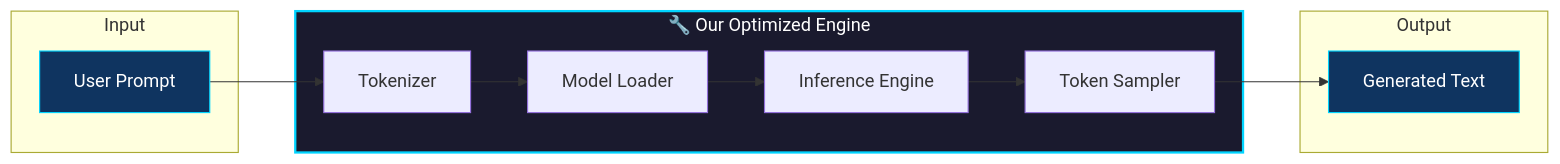
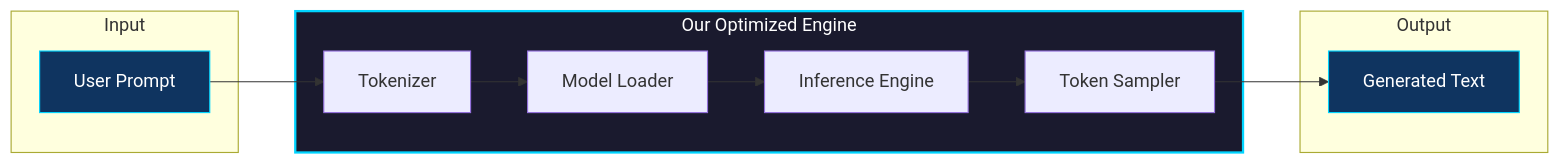
The first of 25 diagrams in docs/project_documentation.md (ch09/Low_Latency_Inference_optimization_LLM-LL_LLM-), drawn with Mermaid before and after one commit. The commit also changed other lines of this file and 1 other file, not shown here.

````diff
--- a/docs/project_documentation.md
+++ b/docs/project_documentation.md
@@ -31,21 +31,21 @@
 ```mermaid
 flowchart LR
     subgraph Input
         A[User Prompt]
     end
-    subgraph Engine["🔧 Our Optimized Engine"]
+    subgraph Engine["Our Optimized Engine"]
         B[Tokenizer]
         C[Model Loader]
         D[Inference Engine]
         E[Token Sampler]
     end
     subgraph Output
         F[Generated Text]
     end
 
     A --> B --> C --> D --> E --> F
 
     style Engine fill:#1a1a2e,stroke:#00d4ff,stroke-width:2px,color:#fff
     style A fill:#0f3460,stroke:#00d4ff,color:#fff
     style F fill:#0f3460,stroke:#00d4ff,color:#fff
 ```
````
